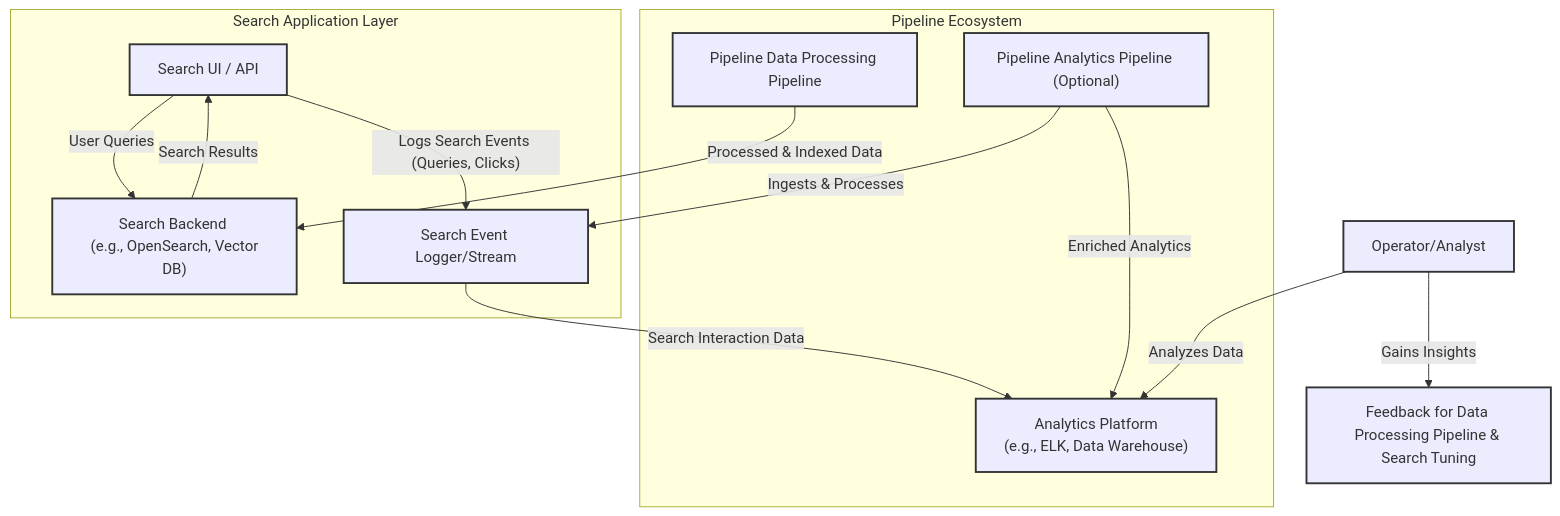
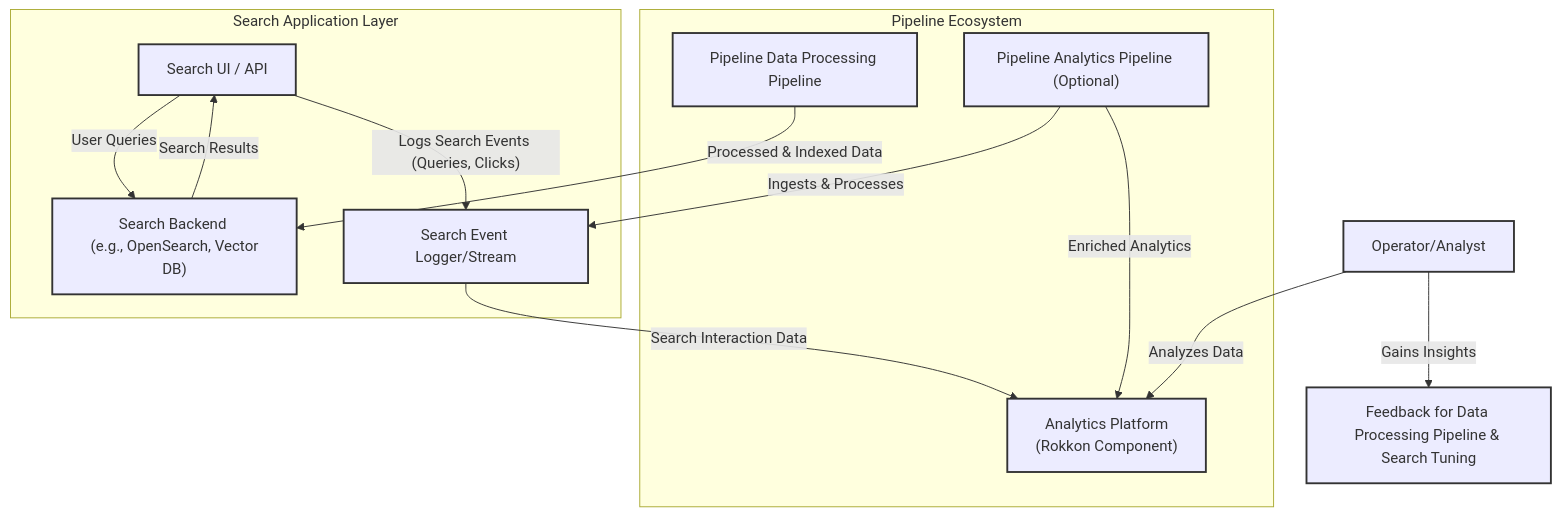
Before and after one commit to krickert/rokkon: the first of 2 diagrams in ARCHITECTURE/Future_search_capabilities.md, drawn with Mermaid. The commit also changed other lines of this file and 3 other files, not shown here.

````diff
--- a/ARCHITECTURE/Future_search_capabilities.md
+++ b/ARCHITECTURE/Future_search_capabilities.md
@@ -24,38 +24,38 @@
 ```mermaid
 graph TD
     subgraph "Search Application Layer"
         SearchUI["Search UI / API"]
         SearchBackend["Search Backend <br> (e.g., OpenSearch, Vector DB)"]
         SearchEventLogger["Search Event Logger/Stream"]
 
         SearchUI -- "User Queries" --> SearchBackend
         SearchBackend -- "Search Results" --> SearchUI
         SearchUI -- "Logs Search Events (Queries, Clicks)" --> SearchEventLogger
     end
 
-    AnalyticsPlatform["Analytics Platform <br> (e.g., ELK, Data Warehouse)"]
+    AnalyticsPlatform["Analytics Platform <br> (Rokkon Component)"]
     SearchEventLogger -- "Search Interaction Data" --> AnalyticsPlatform
 
     subgraph "Pipeline Ecosystem"
         DataProcessingPipeline["Pipeline Data Processing Pipeline"]
         AnalyticsPipeline["Pipeline Analytics Pipeline (Optional)"]
 
         DataProcessingPipeline -- "Processed & Indexed Data" --> SearchBackend
         AnalyticsPipeline -- "Ingests & Processes" --> SearchEventLogger
         AnalyticsPipeline -- "Enriched Analytics" --> AnalyticsPlatform
     end
 
     Operator["Operator/Analyst"]
     FeedbackLoop["Feedback for Data Processing Pipeline & Search Tuning"]
 
     Operator -- "Analyzes Data" --> AnalyticsPlatform
     Operator -- "Gains Insights" --> FeedbackLoop
 
     classDef searchApp fill:#lightblue,stroke:#333,stroke-width:2px;
     classDef analytics fill:#lightgreen,stroke:#333,stroke-width:2px;
     classDef pipeline fill:#lightcoral,stroke:#333,stroke-width:2px;
 
     class SearchUI,SearchBackend,SearchEventLogger searchApp;
     class AnalyticsPlatform,Operator,FeedbackLoop analytics;
     class DataProcessingPipeline,AnalyticsPipeline pipeline;
 ```
````
